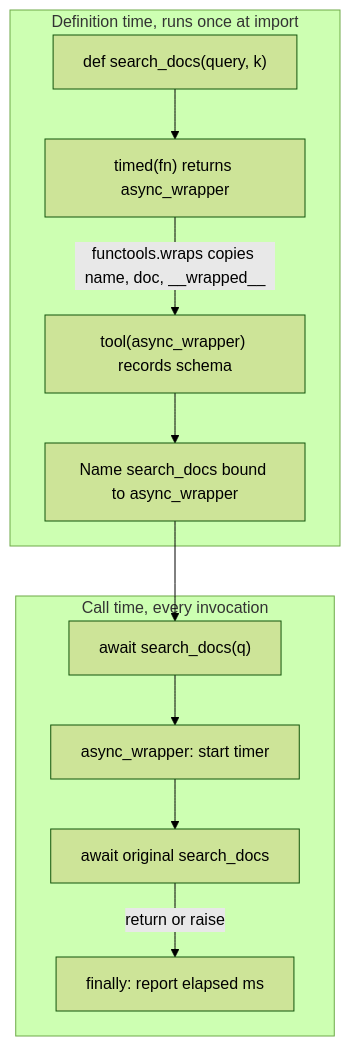
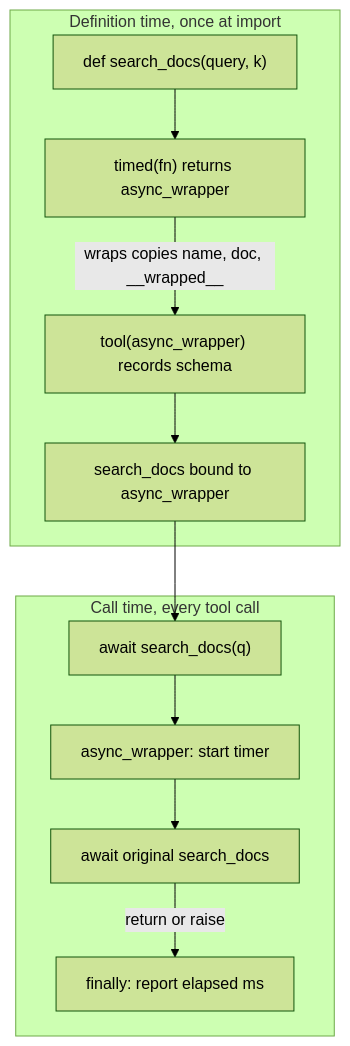
The diagram in content/python-for-ai/decorators.md (lovishmahajan97/agentic-learning), drawn with Mermaid (forest theme) before and after one commit. The commit also changed other lines of this file and 266 other files, not shown here.

````diff
--- a/content/python-for-ai/decorators.md
+++ b/content/python-for-ai/decorators.md
@@ -112,14 +126,14 @@
 ```mermaid
 flowchart TD
-    subgraph IMPORT["Definition time, runs once at import"]
+    subgraph IMPORT["Definition time, once at import"]
         D["def search_docs(query, k)"] --> T["timed(fn) returns async_wrapper"]
-        T -->|"functools.wraps copies name, doc, __wrapped__"| R["tool(async_wrapper) records schema"]
-        R --> N["Name search_docs bound to async_wrapper"]
+        T -->|"wraps copies name, doc, __wrapped__"| R["tool(async_wrapper) records schema"]
+        R --> N["search_docs bound to async_wrapper"]
     end
-    subgraph CALL["Call time, every invocation"]
+    subgraph CALL["Call time, every tool call"]
         C["await search_docs(q)"] --> W["async_wrapper: start timer"]
         W --> O["await original search_docs"]
         O -->|"return or raise"| F["finally: report elapsed ms"]
     end
     N --> C
 ```
````
